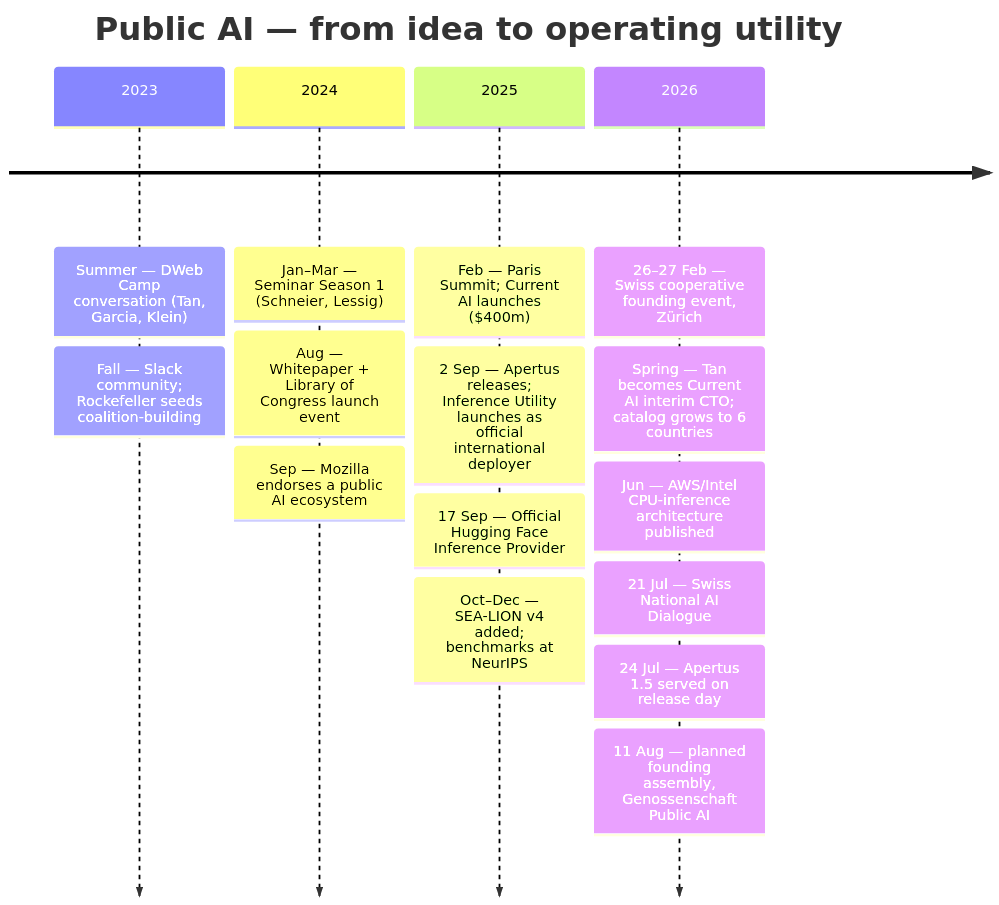
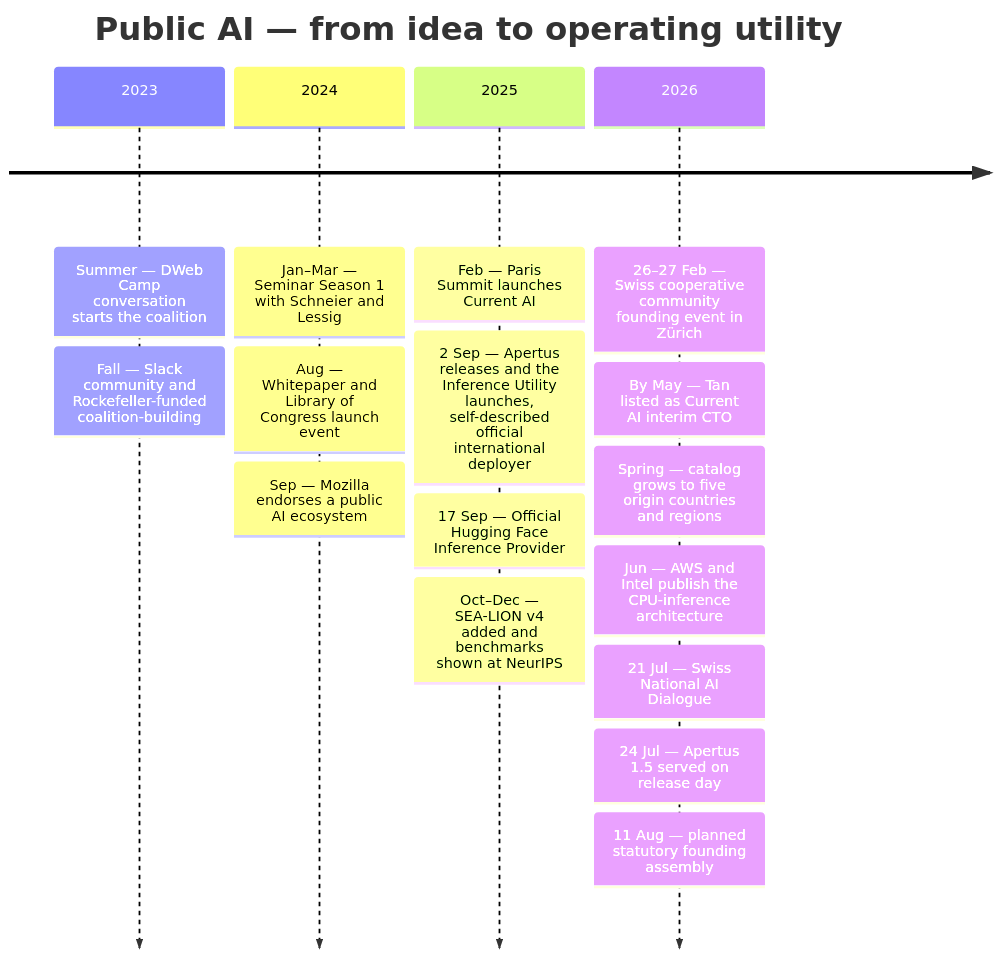
The fourth of 4 diagrams in docs/wip/public-ai-what-they-build.md (robertschaub/our-ai-charter), drawn with Mermaid before and after one commit. The commit also changed other lines of this file and 2 other files, not shown here.

First line of the commit message:
docs(wip): apply adversarial-review fixes to the Public AI deep-dive

````diff
--- a/docs/wip/public-ai-what-they-build.md
+++ b/docs/wip/public-ai-what-they-build.md
@@ -221,8 +222,8 @@
 ```mermaid
 timeline
     title Public AI — from idea to operating utility
-    2023 : Summer — DWeb Camp conversation (Tan, Garcia, Klein) : Fall — Slack community; Rockefeller seeds coalition-building
-    2024 : Jan–Mar — Seminar Season 1 (Schneier, Lessig) : Aug — Whitepaper + Library of Congress launch event : Sep — Mozilla endorses a public AI ecosystem
-    2025 : Feb — Paris Summit; Current AI launches ($400m) : 2 Sep — Apertus releases; Inference Utility launches as official international deployer : 17 Sep — Official Hugging Face Inference Provider : Oct–Dec — SEA-LION v4 added; benchmarks at NeurIPS
-    2026 : 26–27 Feb — Swiss cooperative founding event, Zürich : Spring — Tan becomes Current AI interim CTO; catalog grows to 6 countries : Jun — AWS/Intel CPU-inference architecture published : 21 Jul — Swiss National AI Dialogue : 24 Jul — Apertus 1.5 served on release day : 11 Aug — planned founding assembly, Genossenschaft Public AI
+    2023 : Summer — DWeb Camp conversation starts the coalition : Fall — Slack community and Rockefeller-funded coalition-building
+    2024 : Jan–Mar — Seminar Season 1 with Schneier and Lessig : Aug — Whitepaper and Library of Congress launch event : Sep — Mozilla endorses a public AI ecosystem
+    2025 : Feb — Paris Summit launches Current AI : 2 Sep — Apertus releases and the Inference Utility launches, self-described official international deployer : 17 Sep — Official Hugging Face Inference Provider : Oct–Dec — SEA-LION v4 added and benchmarks shown at NeurIPS
+    2026 : 26–27 Feb — Swiss cooperative community founding event in Zürich : By May — Tan listed as Current AI interim CTO : Spring — catalog grows to five origin countries and regions : Jun — AWS and Intel publish the CPU-inference architecture : 21 Jul — Swiss National AI Dialogue : 24 Jul — Apertus 1.5 served on release day : 11 Aug — planned statutory founding assembly
 ```
````
